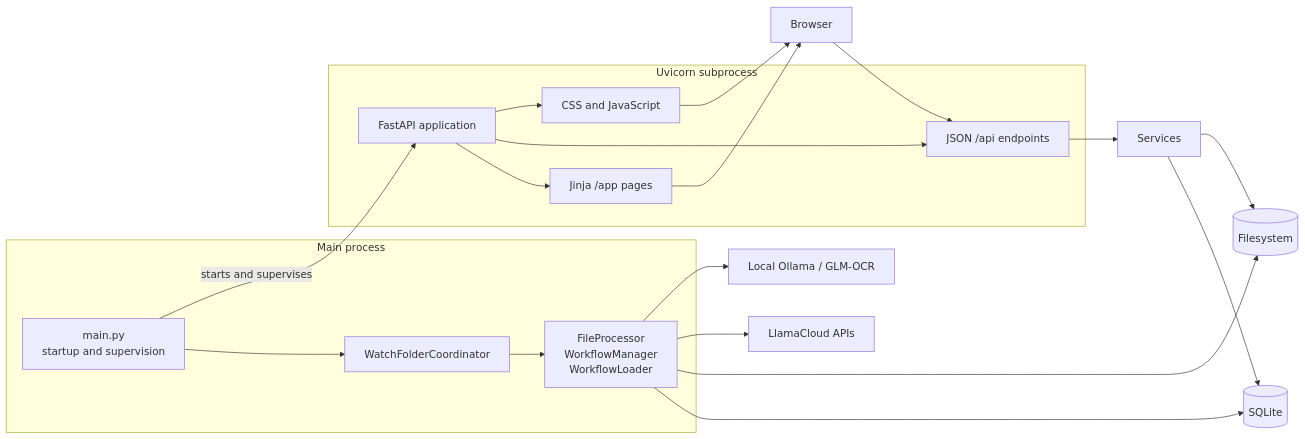
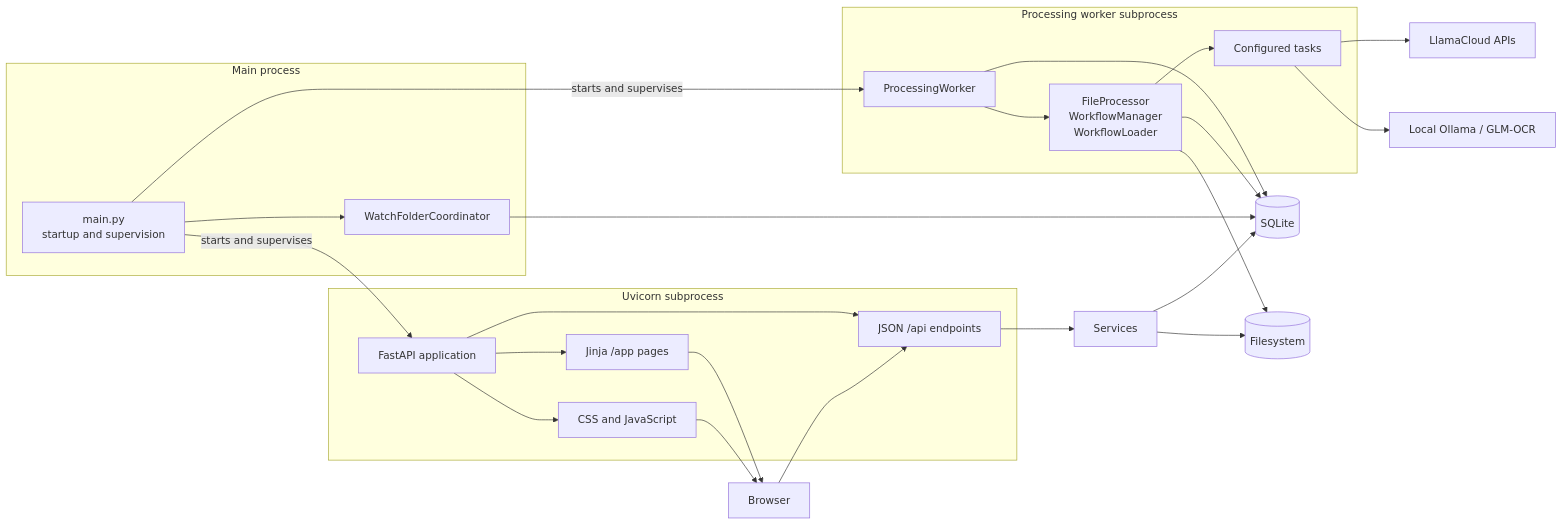
Before and after one commit to bpsong/pdfdoc_extraction: the first of 8 diagrams in docs/design_architecture.md, drawn with Mermaid. The commit also changed other lines of this file and 3 other files, not shown here.

Commit message:
docs: refresh README and architecture guides

````diff
--- a/docs/design_architecture.md
+++ b/docs/design_architecture.md
@@ -106,30 +135,37 @@
 ```mermaid
 flowchart LR
     subgraph Parent["Main process"]
         Main["main.py<br/>startup and supervision"]
         Watch["WatchFolderCoordinator"]
-        Runner["FileProcessor<br/>WorkflowManager<br/>WorkflowLoader"]
-        Main --> Watch --> Runner
+        Main --> Watch
+    end
+
+    subgraph Worker["Processing worker subprocess"]
+        JobWorker["ProcessingWorker"] --> Runner["FileProcessor<br/>WorkflowManager<br/>WorkflowLoader"]
+        Runner --> Tasks["Configured tasks"]
     end
 
     subgraph Web["Uvicorn subprocess"]
         App["FastAPI application"]
         Pages["Jinja /app pages"]
         APIs["JSON /api endpoints"]
         Assets["CSS and JavaScript"]
         App --> Pages
         App --> APIs
         App --> Assets
     end
 
     Main -->|starts and supervises| App
+    Main -->|starts and supervises| JobWorker
+    Watch --> DB[(SQLite)]
+    JobWorker --> DB
     Runner --> DB[(SQLite)]
     APIs --> Services["Services"] --> DB
     Runner --> Files[(Filesystem)]
     Services --> Files
-    Runner --> CloudProvider["LlamaCloud APIs"]
-    Runner --> LocalProvider["Local Ollama / GLM-OCR"]
+    Tasks --> CloudProvider["LlamaCloud APIs"]
+    Tasks --> LocalProvider["Local Ollama / GLM-OCR"]
     Pages --> Browser["Browser"]
     Assets --> Browser
     Browser --> APIs
 ```
````
